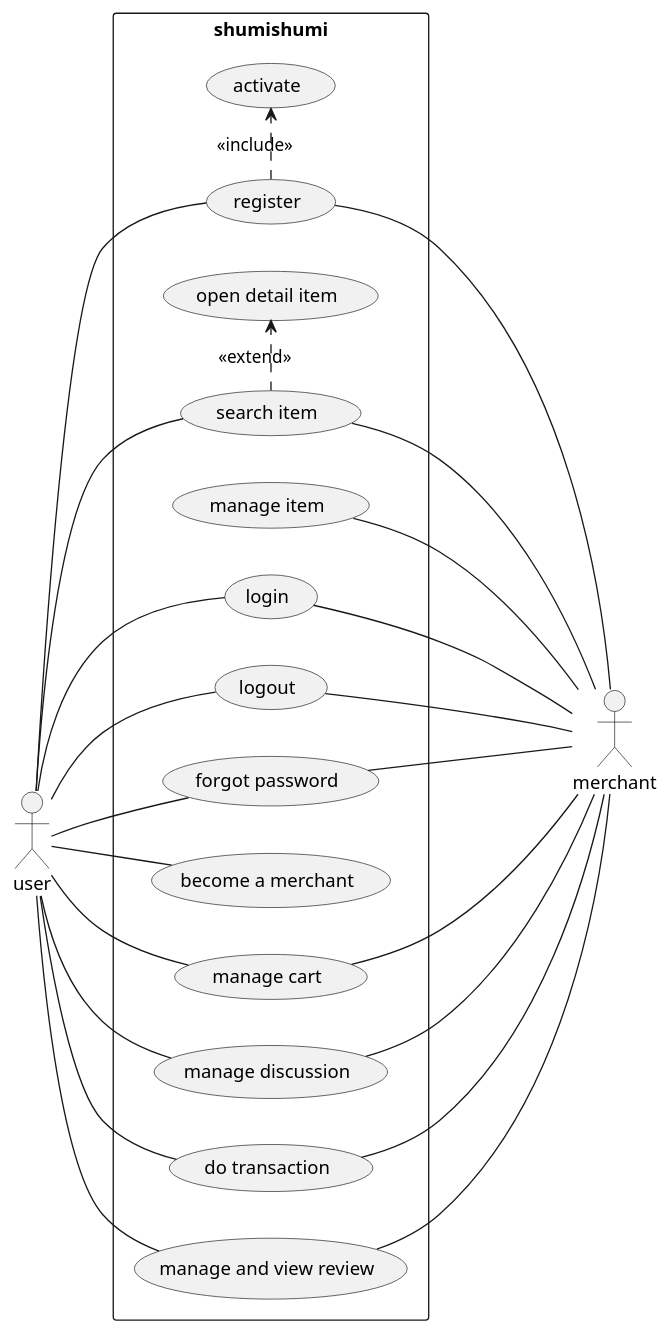
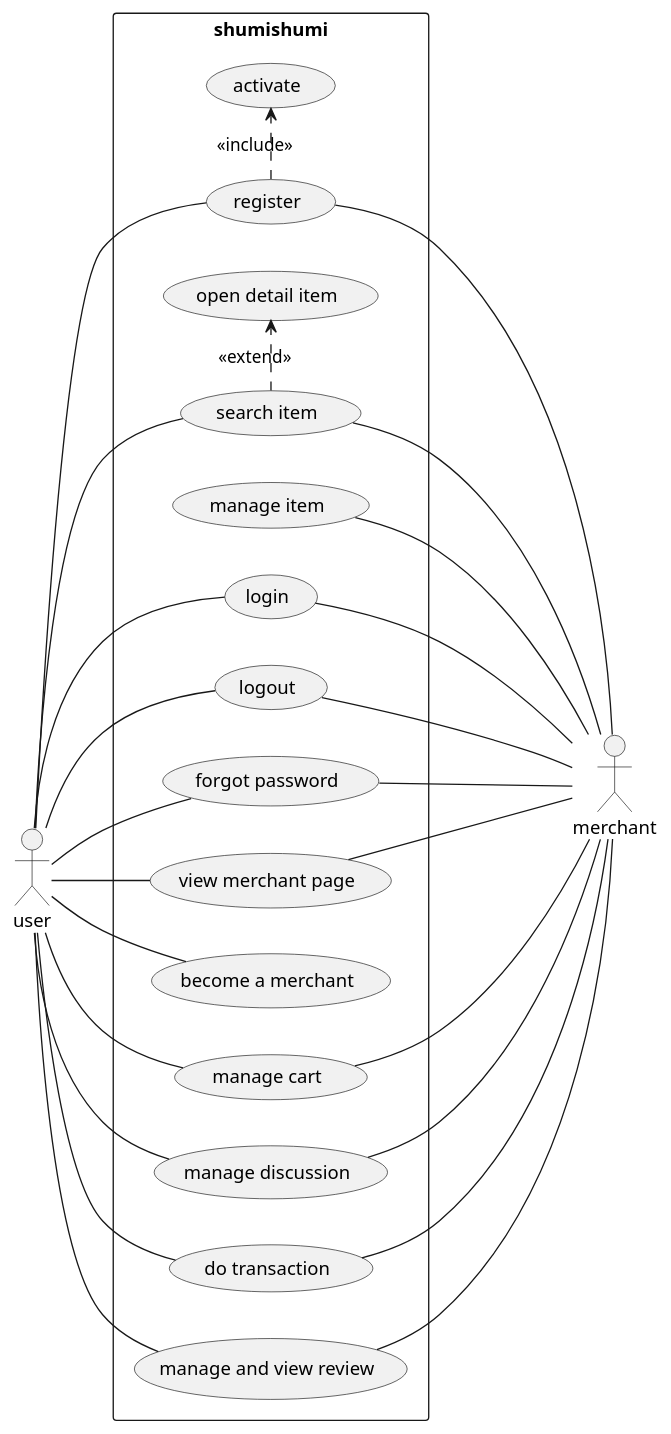
Before and after one commit to aldihsuhandi/skripsi-2023: the diagram in uml/usecase diagram.pu, drawn with PlantUML. The commit also changed 13 other files, not shown here.

Commit message:
finish activity diagram

```diff
--- a/uml/usecase diagram.pu
+++ b/uml/usecase diagram.pu
@@ -1,73 +1,77 @@
 @startuml usecase diagram
 
 left to right direction
 
 skinparam actor {
     Location right
     StereotypeFontStyle bold
 }
 
 actor user as u
 actor merchant as m
 
 rectangle shumishumi {
     usecase "manage item" as manage_item
 
     usecase "login" as login
     usecase "activate" as activate
     usecase "register" as register
     usecase "logout" as logout
     usecase "forgot password" as forgotpassword
 
+    usecase "view merchant page" as merchant_page
 
     usecase "open detail item" as detail
     usecase "search item" as search
 
     usecase "become a merchant" as be_merchant
 
     usecase "manage cart" as cart
     usecase "manage discussion" as discussion
 
     usecase "do transaction" as trx
     usecase "manage and view review" as review
 }
 
 ' user
 u -- login
 u -- logout
 
 u -- search
 
+u -- merchant_page
+
 u -- register
 u -- forgotpassword
 u -- be_merchant
 
 u -- cart
 u -- discussion
 
 u -- trx
 
 u -- review
 
 ' merchant
 login -- m
 logout -- m
 register -- m
 forgotpassword -- m
 
 search -- m
+merchant_page -- m
 
 cart --- m
 discussion -- m
 
 trx -- m
 
 review -- m
 
 manage_item -- m
 
 
 register .> activate : <<include>>
 search .> detail : <<extend>>
 
 @enduml
```
